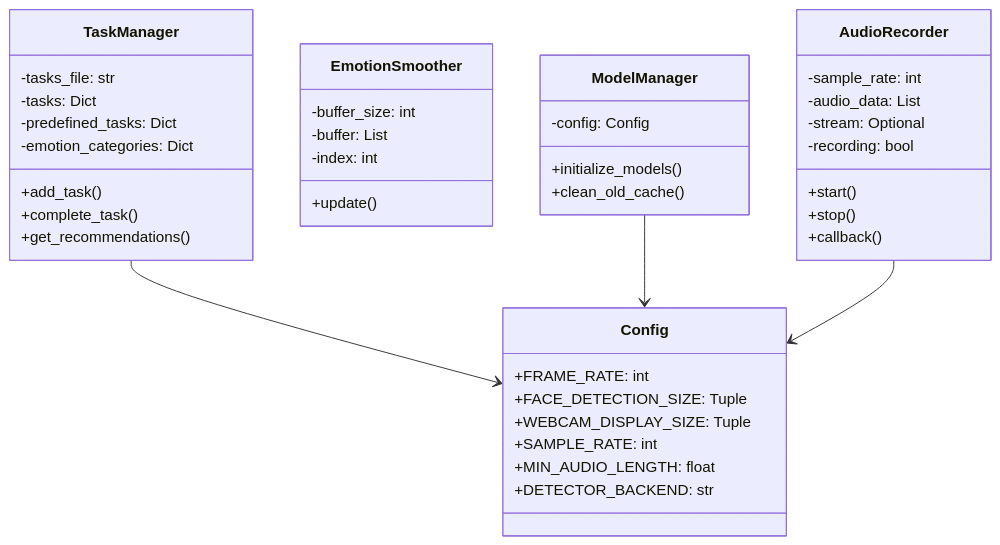
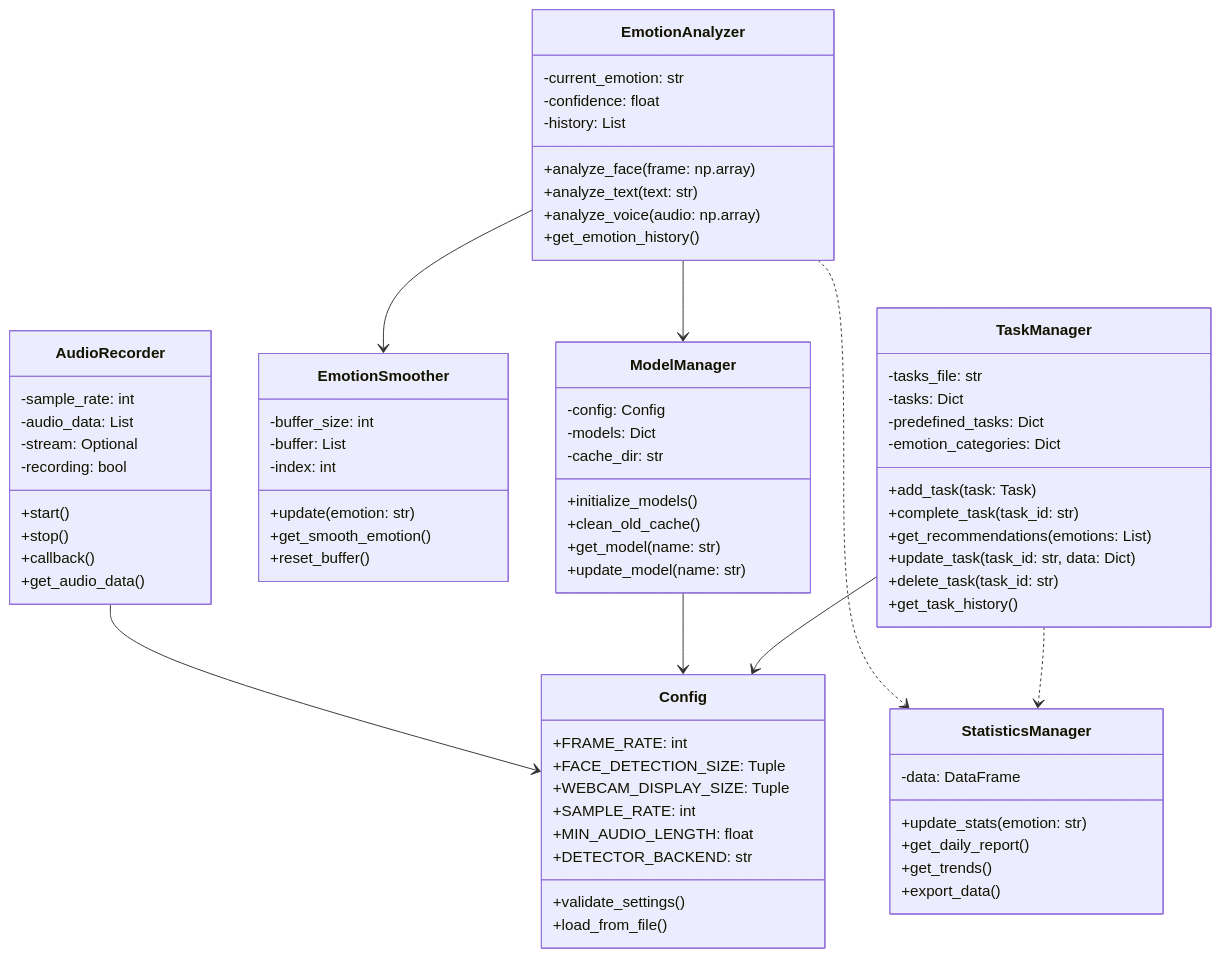
Before and after one commit to itsadithyav/Emotion-Detection: the second of 7 diagrams in diagrams.md, drawn with Mermaid. The commit also changed other lines of this file, not shown here.

Commit message:
Enhance system diagrams with detailed subgraphs and improve class diagram methods for better clarity and functionality

````diff
--- a/diagrams.md
+++ b/diagrams.md
@@ -29,48 +52,82 @@
 ```mermaid
 classDiagram
     class Config {
         +FRAME_RATE: int
         +FACE_DETECTION_SIZE: Tuple
         +WEBCAM_DISPLAY_SIZE: Tuple
         +SAMPLE_RATE: int
         +MIN_AUDIO_LENGTH: float
         +DETECTOR_BACKEND: str
+        +validate_settings()
+        +load_from_file()
     }
 
     class TaskManager {
         -tasks_file: str
         -tasks: Dict
         -predefined_tasks: Dict
         -emotion_categories: Dict
-        +add_task()
-        +complete_task()
-        +get_recommendations()
+        +add_task(task: Task)
+        +complete_task(task_id: str)
+        +get_recommendations(emotions: List)
+        +update_task(task_id: str, data: Dict)
+        +delete_task(task_id: str)
+        +get_task_history()
+    }
+
+    class EmotionAnalyzer {
+        -current_emotion: str
+        -confidence: float
+        -history: List
+        +analyze_face(frame: np.array)
+        +analyze_text(text: str)
+        +analyze_voice(audio: np.array)
+        +get_emotion_history()
     }
 
     class EmotionSmoother {
         -buffer_size: int
         -buffer: List
         -index: int
-        +update()
+        +update(emotion: str)
+        +get_smooth_emotion()
+        +reset_buffer()
     }
 
     class AudioRecorder {
         -sample_rate: int
         -audio_data: List
         -stream: Optional
         -recording: bool
         +start()
         +stop()
         +callback()
+        +get_audio_data()
     }
 
     class ModelManager {
         -config: Config
+        -models: Dict
+        -cache_dir: str
         +initialize_models()
         +clean_old_cache()
+        +get_model(name: str)
+        +update_model(name: str)
+    }
+
+    class StatisticsManager {
+        -data: DataFrame
+        +update_stats(emotion: str)
+        +get_daily_report()
+        +get_trends()
+        +export_data()
     }
 
     TaskManager --> Config
     ModelManager --> Config
     AudioRecorder --> Config
+    EmotionAnalyzer --> ModelManager
+    EmotionAnalyzer --> EmotionSmoother
+    TaskManager ..> StatisticsManager
+    EmotionAnalyzer ..> StatisticsManager
 ```
````
